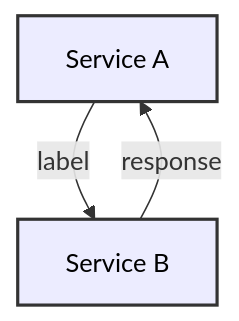
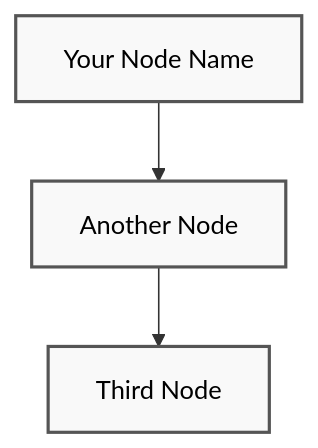
The sixth of 7 diagrams in MERMAID_STYLE_GUIDE.md (underpass-ai/swe-ai-fleet), drawn with Mermaid before and after one commit. The commit also changed other lines of this file and 1 other file, not shown here.

First line of the commit message:
docs: finalize mermaid grayscale standard and apply to AGENTS_AND_TOOLS

````diff
--- a/MERMAID_STYLE_GUIDE.md
+++ b/MERMAID_STYLE_GUIDE.md
@@ -55,8 +182,12 @@
 ```mermaid
-graph TB
-    A["Service A"] -->|label| B["Service B"]
-    B -->|response| A
-
-    style A stroke:#333,color:#000,stroke-width:2px
-    style B stroke:#333,color:#000,stroke-width:2px
+graph TD
+    A["Your Node Name"]
+    B["Another Node"]
+    C["Third Node"]
+    
+    A --> B --> C
+    
+    style A stroke:#555,stroke-width:2px,fill:#f9f9f9,color:#000
+    style B stroke:#555,stroke-width:2px,fill:#f9f9f9,color:#000
+    style C stroke:#555,stroke-width:2px,fill:#f9f9f9,color:#000
 ```
````
